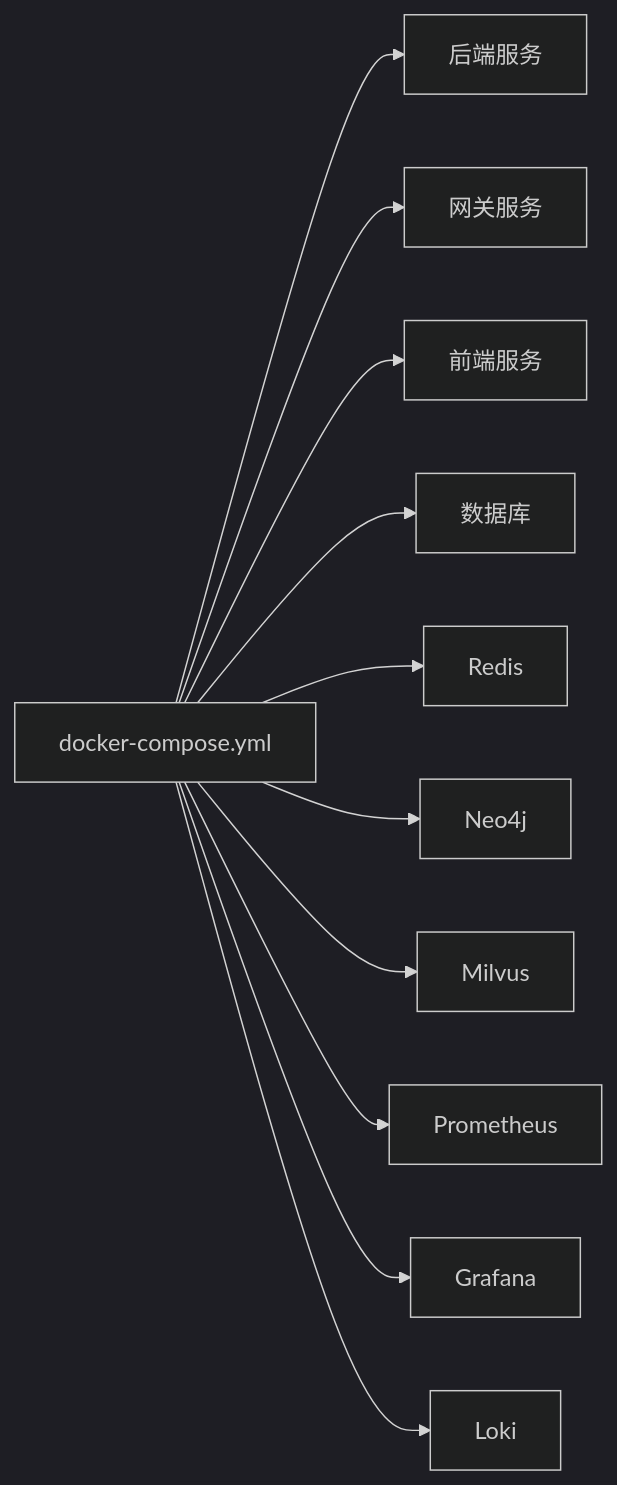
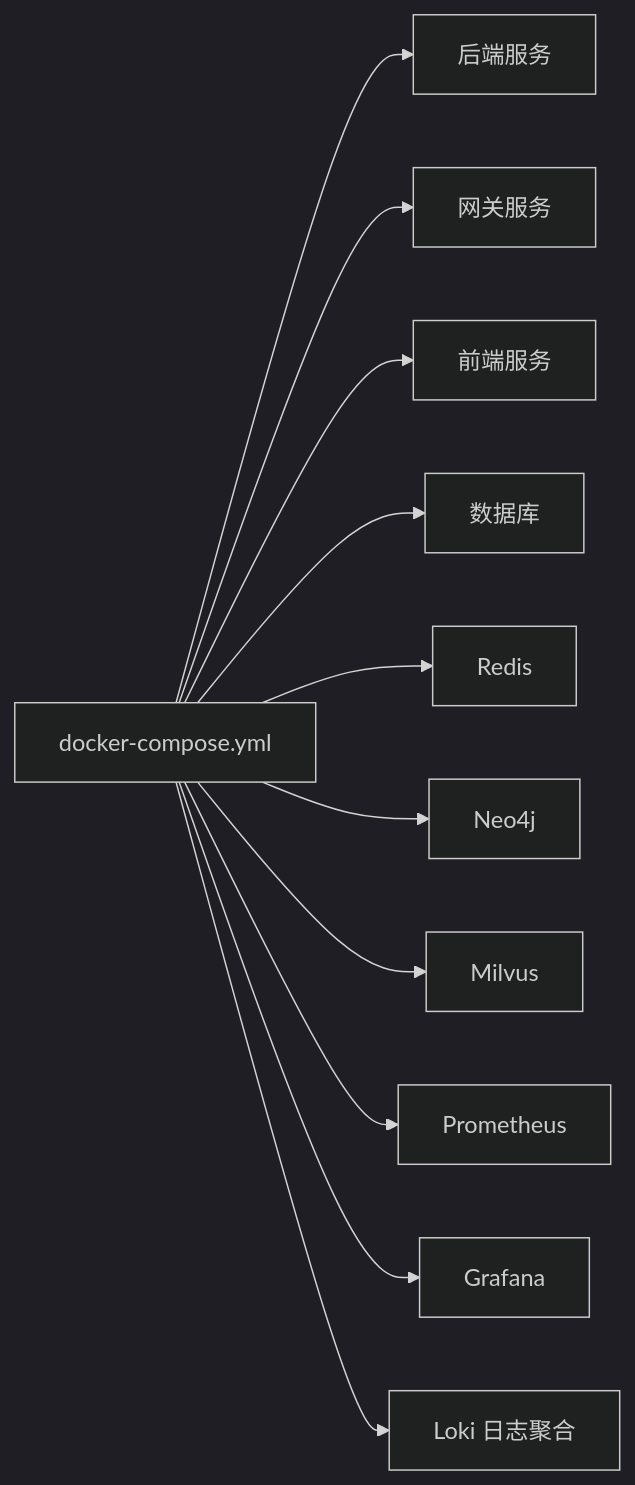
One commit to zmdhdu/NexusCockpit changed the fourth of 9 diagrams in .qoder/repowiki/zh/content/部署和配置/部署和配置.md. Above: the diagram before and after it, drawn with Mermaid (dark theme). The commit also changed other lines of this file and 23 other files, not shown here.

````diff
--- a/.qoder/repowiki/zh/content/部署和配置/部署和配置.md
+++ b/.qoder/repowiki/zh/content/部署和配置/部署和配置.md
@@ -218,13 +230,13 @@
 ```mermaid
 graph LR
 Compose["docker-compose.yml"] --> Backend["后端服务"]
 Compose --> Gateway["网关服务"]
 Compose --> Frontend["前端服务"]
 Compose --> DB["数据库"]
 Compose --> Redis["Redis"]
 Compose --> Neo4j["Neo4j"]
 Compose --> Milvus["Milvus"]
 Compose --> Prom["Prometheus"]
 Compose --> Graf["Grafana"]
-Compose --> Loki["Loki"]
+Compose --> Loki["Loki 日志聚合"]
 ```
````
